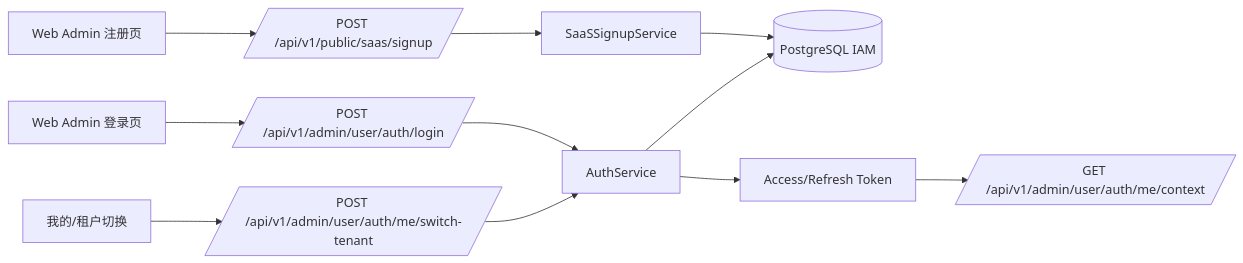
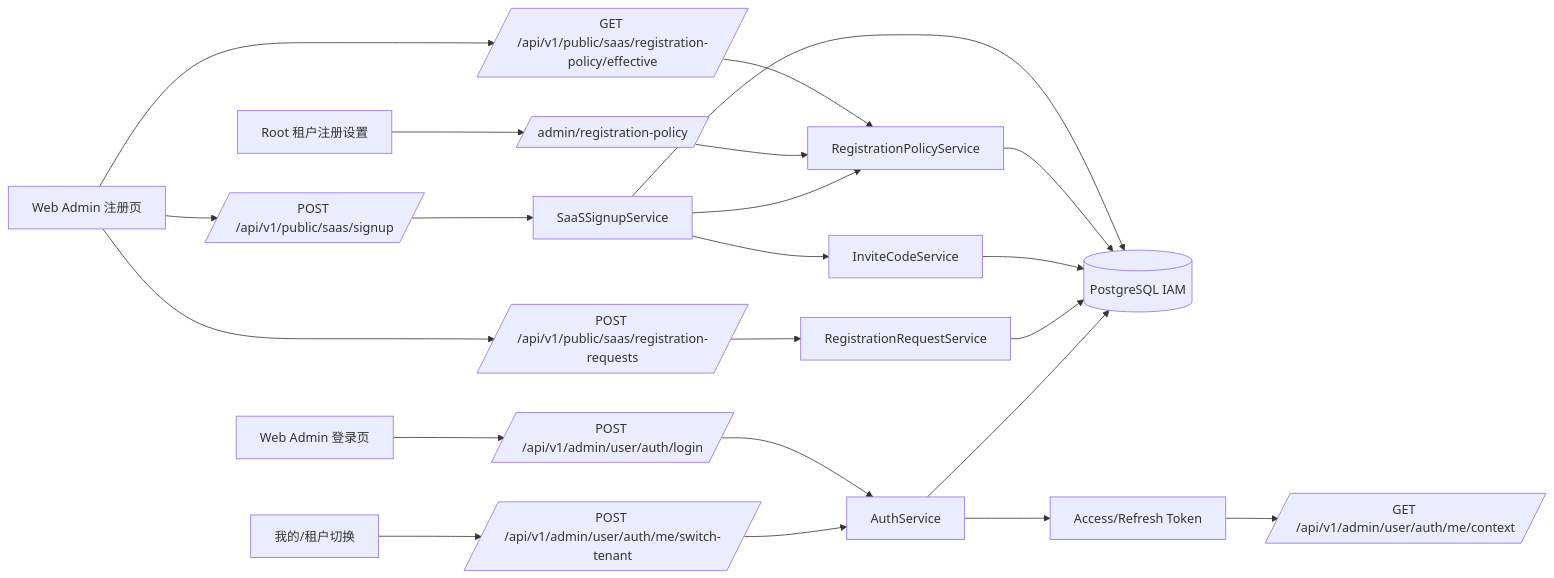
The first of 4 diagrams in docs/guides/features/026-iam/guide.md (ArtisanCloud/PowerX), drawn with Mermaid before and after one commit. The commit also changed other lines of this file and 80 other files, not shown here.

````diff
--- a/docs/guides/features/026-iam/guide.md
+++ b/docs/guides/features/026-iam/guide.md
@@ -32,13 +33,24 @@
 ```mermaid
 flowchart LR
   RegisterPage[Web Admin 注册页] --> SignupAPI[/POST /api/v1/public/saas/signup/]
+  RegisterPage --> PolicyAPI[/GET /api/v1/public/saas/registration-policy/effective/]
+  RegisterPage --> RequestAPI[/POST /api/v1/public/saas/registration-requests/]
+  RootRegistration[Root 租户注册设置] --> AdminPolicyAPI[/admin/registration-policy/]
   LoginPage[Web Admin 登录页] --> LoginAPI[/POST /api/v1/admin/user/auth/login/]
   TenantMenu[我的/租户切换] --> SwitchAPI[/POST /api/v1/admin/user/auth/me/switch-tenant/]
+  PolicyAPI --> PolicySvc[RegistrationPolicyService]
+  RequestAPI --> RequestSvc[RegistrationRequestService]
+  AdminPolicyAPI --> PolicySvc
   SignupAPI --> SignupSvc[SaaSSignupService]
+  SignupSvc --> PolicySvc
+  SignupSvc --> InviteSvc[InviteCodeService]
   LoginAPI --> AuthSvc[AuthService]
   SwitchAPI --> AuthSvc
   SignupSvc --> DB[(PostgreSQL IAM)]
+  PolicySvc --> DB
+  InviteSvc --> DB
+  RequestSvc --> DB
   AuthSvc --> DB
   AuthSvc --> Token[Access/Refresh Token]
   Token --> Context[/GET /api/v1/admin/user/auth/me/context/]
 ```
````
